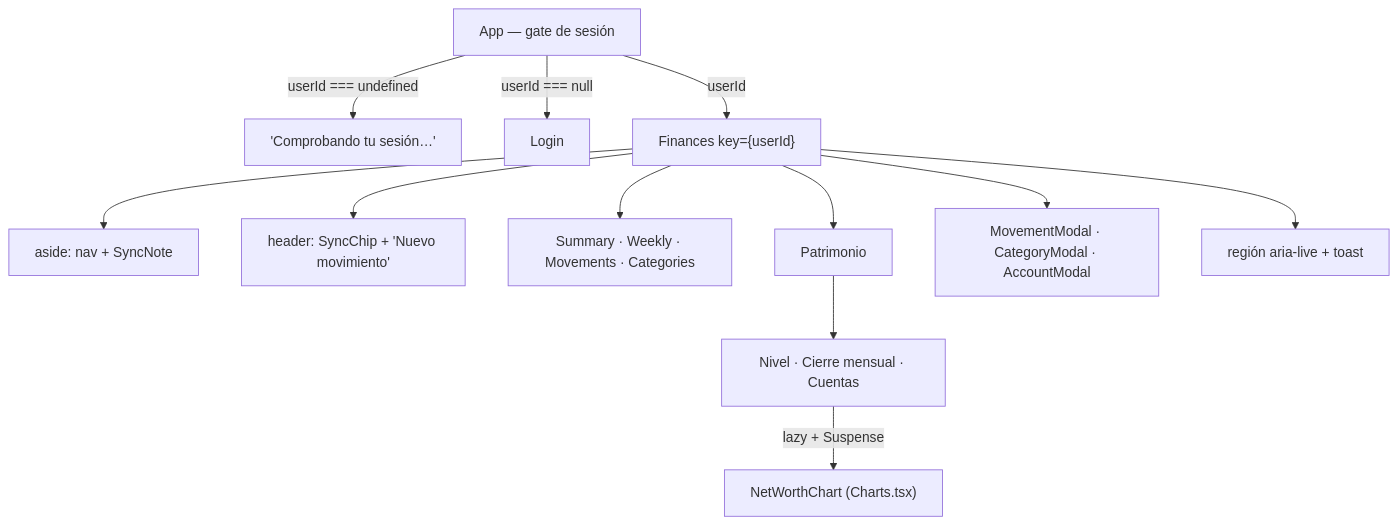
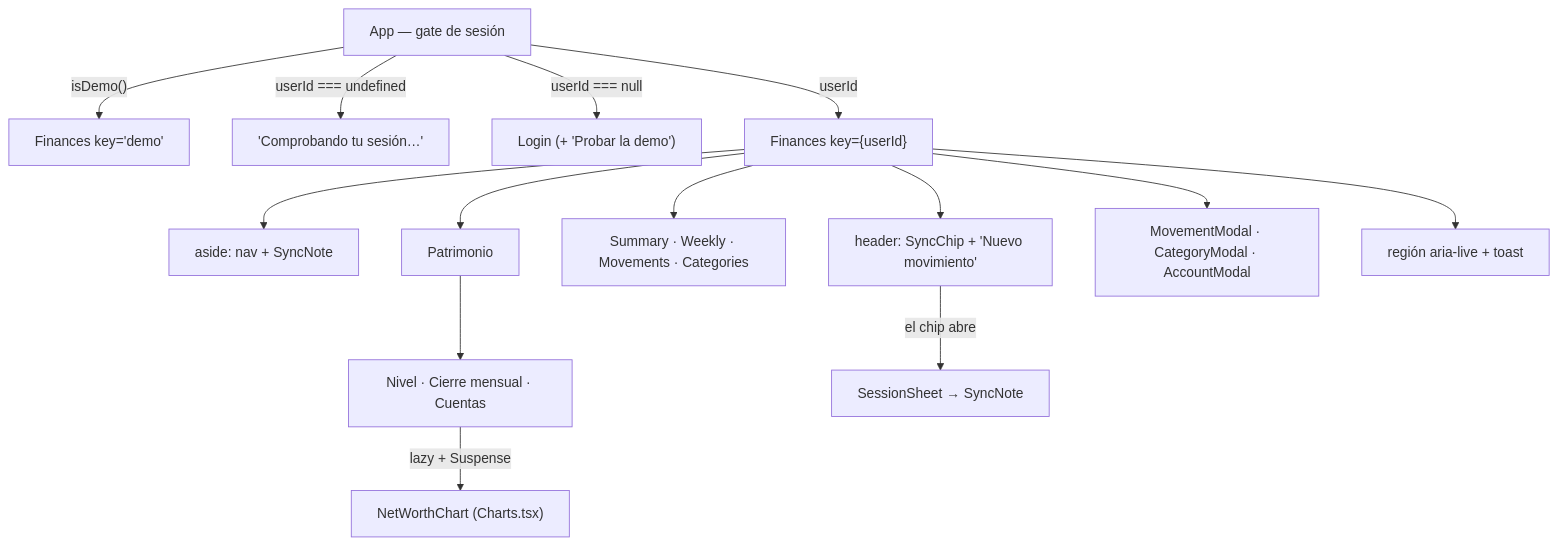
Before and after one commit to JoseCarlosCabelloTejero/FinHub: the diagram in docs/modules/ui-app.md, drawn with Mermaid. The commit also changed other lines of this file and 15 other files, not shown here.

````diff
--- a/docs/modules/ui-app.md
+++ b/docs/modules/ui-app.md
@@ -22,14 +22,16 @@
 ```mermaid
 flowchart TD
-    App["App — gate de sesión"] -->|"userId === undefined"| Load["'Comprobando tu sesión…'"]
-    App -->|"userId === null"| Login["Login"]
+    App["App — gate de sesión"] -->|"isDemo()"| Demo["Finances key='demo'"]
+    App -->|"userId === undefined"| Load["'Comprobando tu sesión…'"]
+    App -->|"userId === null"| Login["Login (+ 'Probar la demo')"]
     App -->|"userId"| Fin["Finances key={userId}"]
     Fin --> Aside["aside: nav + SyncNote"]
     Fin --> Header["header: SyncChip + 'Nuevo movimiento'"]
     Fin --> Pages["Summary · Weekly · Movements · Categories"]
     Fin --> Pat["Patrimonio"]
     Pat --> PatViews["Nivel · Cierre mensual · Cuentas"]
     PatViews -->|"lazy + Suspense"| NetChart["NetWorthChart (Charts.tsx)"]
+    Header -->|"el chip abre"| Sheet["SessionSheet → SyncNote"]
     Fin --> Modals["MovementModal · CategoryModal · AccountModal"]
     Fin --> Live["región aria-live + toast"]
 ```
````
